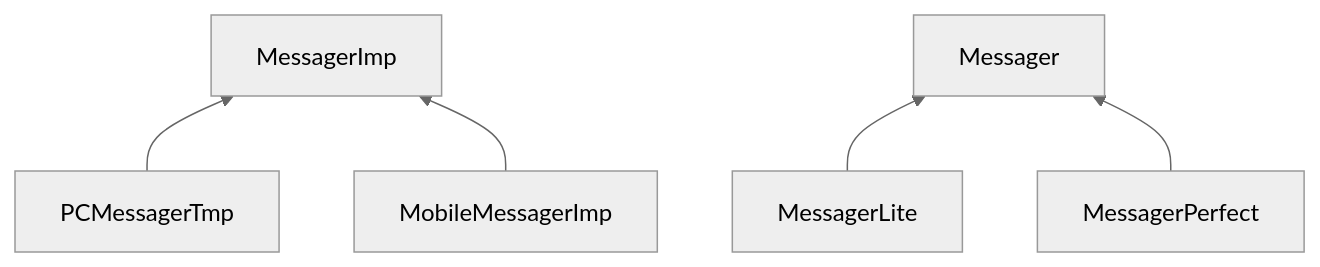
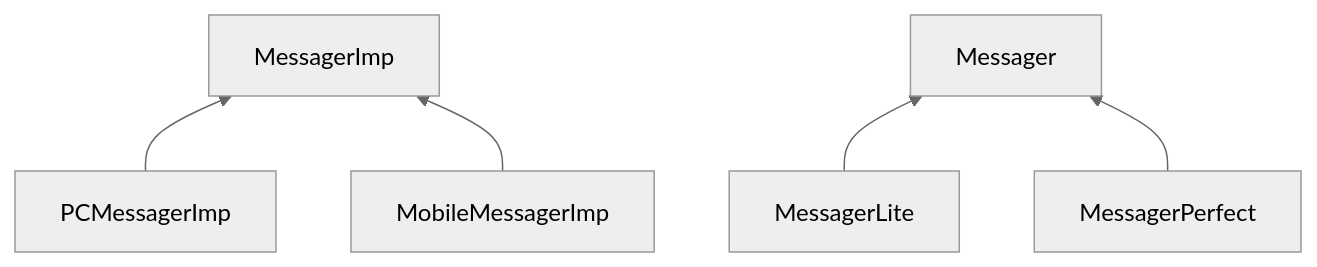
Before and after one commit to jiayuancs/design-patterns: the second of 2 diagrams in bridge/README.md, drawn with Mermaid (neutral theme).

````diff
--- a/bridge/README.md
+++ b/bridge/README.md
@@ -29,7 +29,7 @@
 ```mermaid
 graph BT
-	PCMessagerTmp --> MessagerImp
+	PCMessagerImp --> MessagerImp
     MobileMessagerImp --> MessagerImp
     MessagerLite --> Messager
     MessagerPerfect --> Messager
 ```
````
